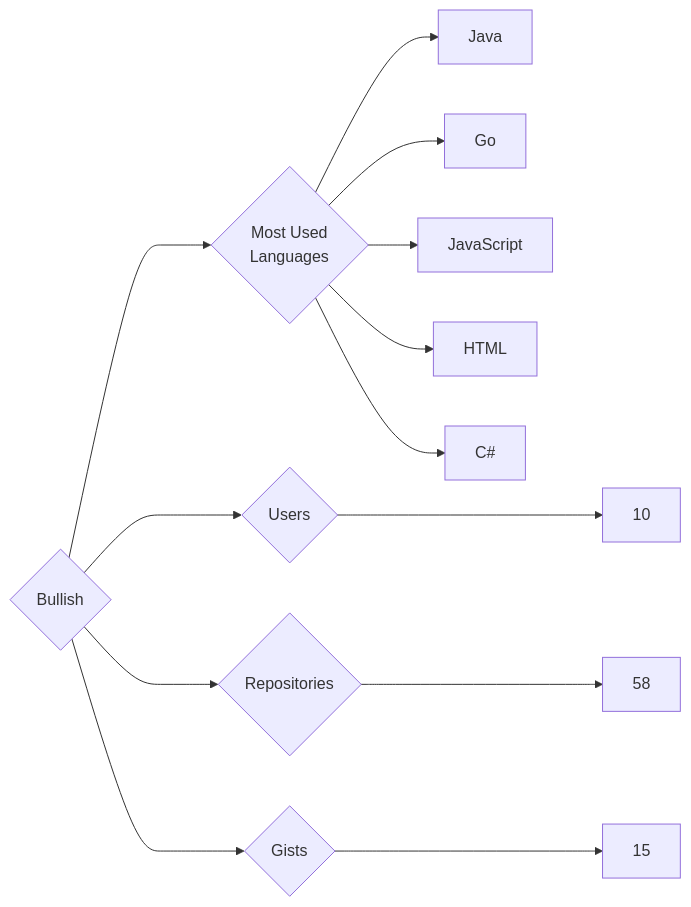
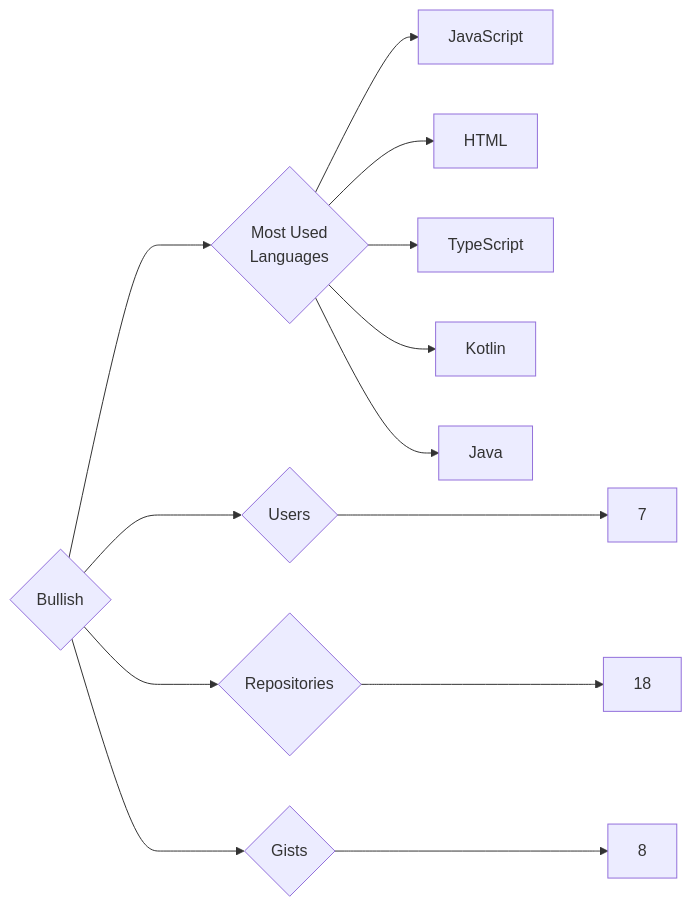
Before and after one commit to trickest/insiders: the diagram in targets/Bullish/README.md, drawn with Mermaid. The commit also changed 888 other files, not shown here.

````diff
--- a/targets/Bullish/README.md
+++ b/targets/Bullish/README.md
@@ -3,13 +3,13 @@
 ```mermaid
 graph LR
 COMPANY_NAME{Bullish}
-COMPANY_NAME ---> U{Users} ---> UN[10]
-COMPANY_NAME ---> R{Repositories} ---> RN[58]
-COMPANY_NAME ---> G{Gists} ---> GN[15]
+COMPANY_NAME ---> U{Users} ---> UN[7]
+COMPANY_NAME ---> R{Repositories} ---> RN[18]
+COMPANY_NAME ---> G{Gists} ---> GN[8]
 COMPANY_NAME ---> ML{Most Used<br>Languages}
-ML --> Java[Java]
-ML --> Go[Go]
 ML --> JavaScript[JavaScript]
 ML --> HTML[HTML]
-ML --> C#[C#]
+ML --> TypeScript[TypeScript]
+ML --> Kotlin[Kotlin]
+ML --> Java[Java]
 ```
````
